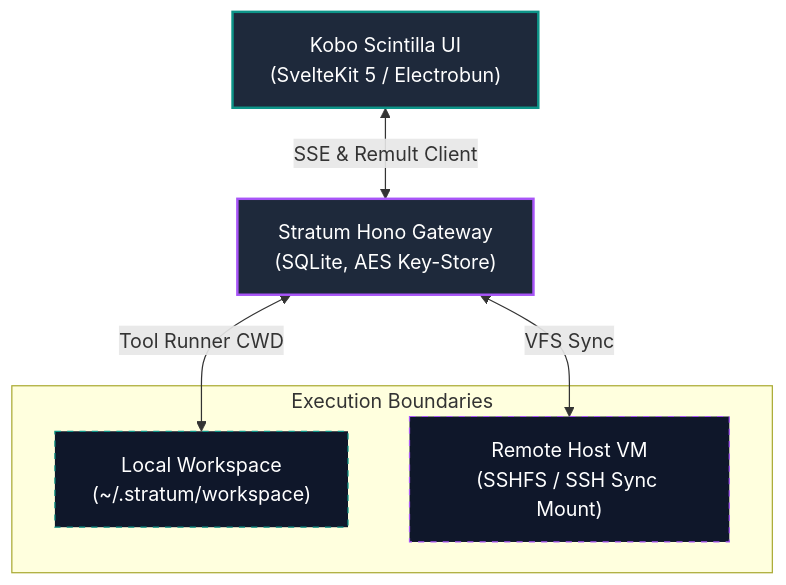
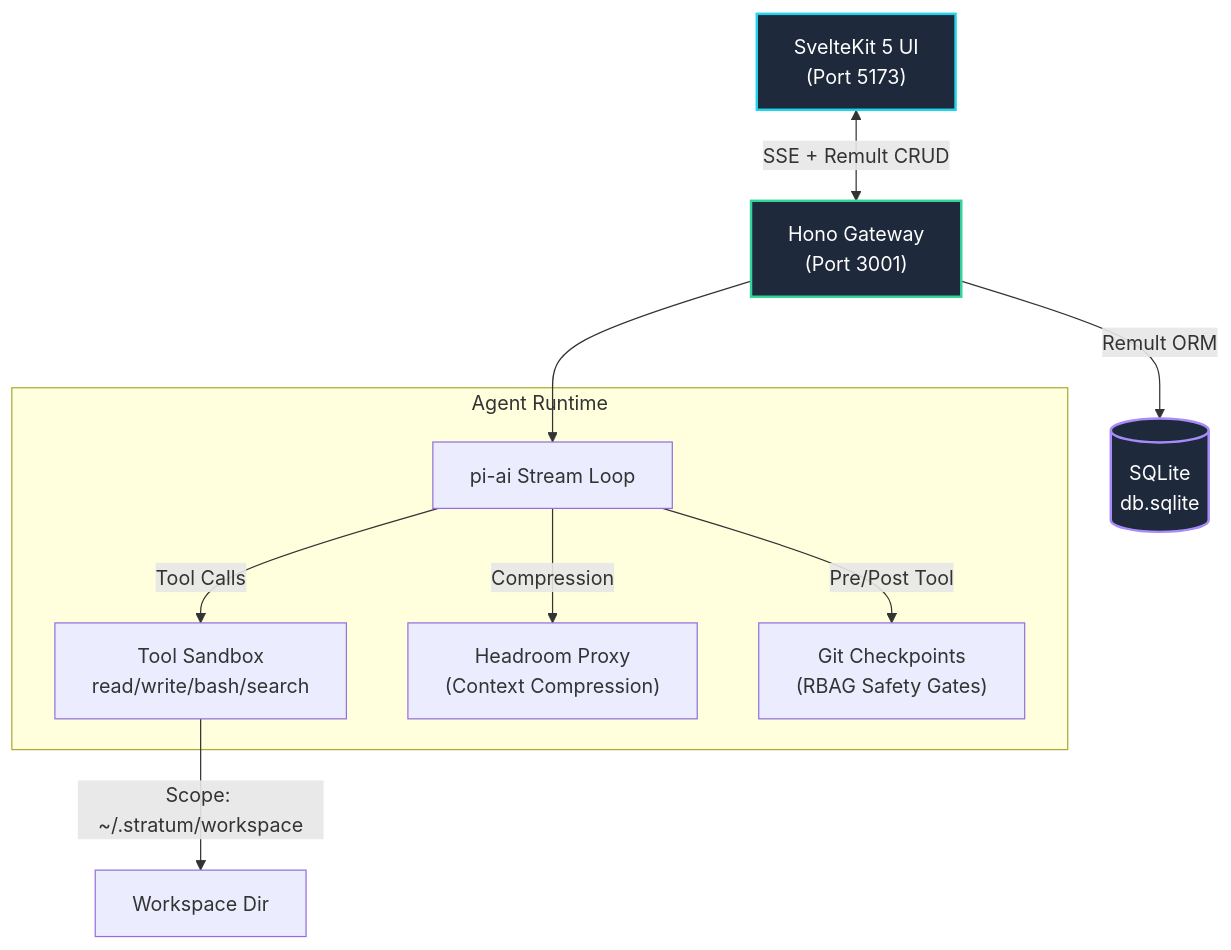
Before and after one commit to Kobo-Scintilla/stratum: the first of 2 diagrams in README.md, drawn with Mermaid. The commit also changed other lines of this file and 1 other file, not shown here.

First line of the commit message:
docs: rewrite README with accurate DONE/WIP audit, animated SVG architecture diagram

````diff
--- a/README.md
+++ b/README.md
@@ -12,19 +58,25 @@
 ```mermaid
 graph TB
-    Client["Kobo Scintilla UI<br>(SvelteKit 5 / Electrobun)"]
-    Gateway["Stratum Hono Gateway<br>(SQLite, AES Key-Store)"]
-    
-    subgraph Workspaces ["Execution Boundaries"]
-        Local["Local Workspace<br>(~/.stratum/workspace)"]
-        Remote["Remote Host VM<br>(SSHFS / SSH Sync Mount)"]
+    Client["SvelteKit 5 UI<br>(Port 5173)"]
+    Gateway["Hono Gateway<br>(Port 3001)"]
+    SQLite[("SQLite<br>db.sqlite")]
+
+    subgraph Runtime ["Agent Runtime"]
+        Loop["pi-ai Stream Loop"]
+        Tools["Tool Sandbox<br>read/write/bash/search"]
+        Headroom["Headroom Proxy<br>(Context Compression)"]
+        Checkpoints["Git Checkpoints<br>(RBAG Safety Gates)"]
     end
 
-    Client <-->|SSE & Remult Client| Gateway
-    Gateway <-->|Tool Runner CWD| Local
-    Gateway <-->|VFS Sync| Remote
-    
-    style Client fill:#1e293b,stroke:#0d9488,stroke-width:2px,color:#fff
-    style Gateway fill:#1e293b,stroke:#a855f7,stroke-width:2px,color:#fff
-    style Local fill:#0f172a,stroke:#0d9488,stroke-dasharray: 5 5,color:#fff
-    style Remote fill:#0f172a,stroke:#a855f7,stroke-dasharray: 5 5,color:#fff
+    Client <-->|SSE + Remult CRUD| Gateway
+    Gateway -->|Remult ORM| SQLite
+    Gateway --> Loop
+    Loop -->|Tool Calls| Tools
+    Loop -->|Compression| Headroom
+    Loop -->|Pre/Post Tool| Checkpoints
+    Tools -->|Scope: ~/.stratum/workspace| Workspace["Workspace Dir"]
+
+    style Client fill:#1e293b,stroke:#22d3ee,stroke-width:2px,color:#fff
+    style Gateway fill:#1e293b,stroke:#34d399,stroke-width:2px,color:#fff
+    style SQLite fill:#1e293b,stroke:#a78bfa,stroke-width:2px,color:#fff
 ```
````
